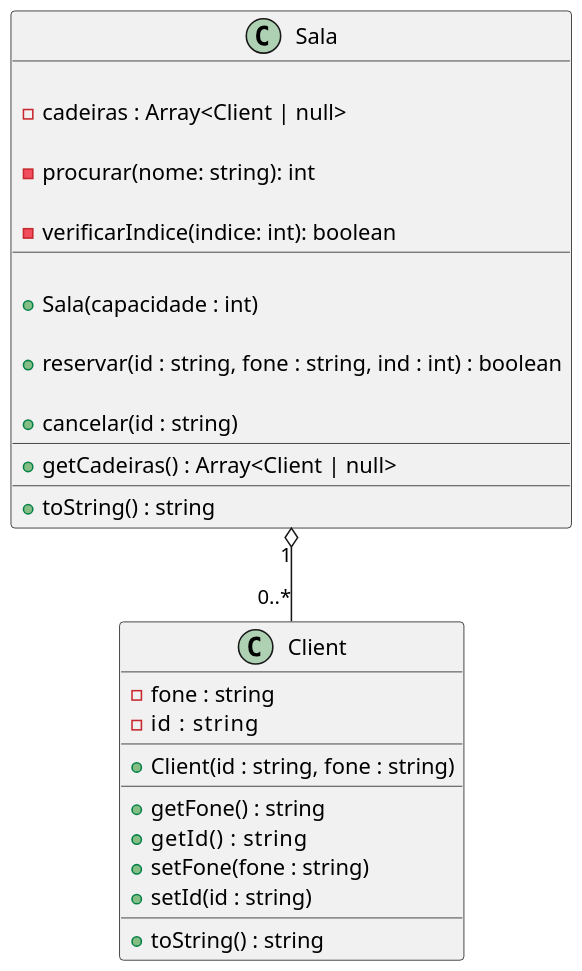
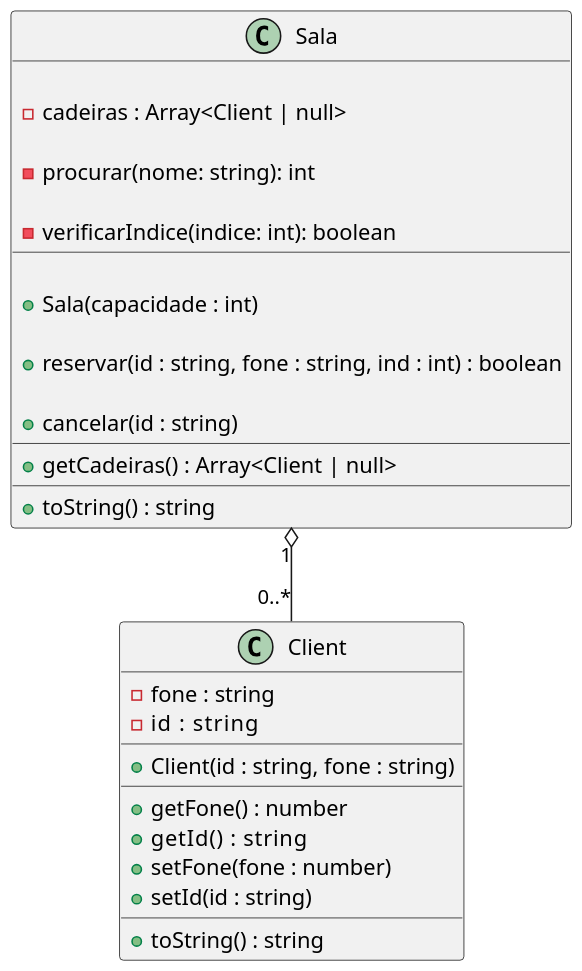
The diagram in base/cinema2/diagrama.puml (qxcodepoo/arcade), drawn with PlantUML before and after one commit. The commit also changed 14 other files, not shown here.

```diff
--- a/base/cinema2/diagrama.puml
+++ b/base/cinema2/diagrama.puml
@@ -2,54 +2,54 @@
 @startuml
 
 skinparam defaultFontName Hasklig
 skinparam dpi 150
 
 '==
 class Client {
   - fone : string
   - id   : string
   __
   + Client(id : string, fone : string)
   __
-  + getFone() : string
+  + getFone() : number
   + getId()   : string
-  + setFone(fone : string)
+  + setFone(fone : number)
   + setId(id : string)
   __
   + toString() : string
 }
 
 class Sala {
   
   - cadeiras : Array<Client | null>
   
   ' procura em todas as cadeiras não nulas
   ' pelo nome do cliente e se encontrar
   ' retorna o índice ou então -1
   - procurar(nome: string): int
   
   ' verifica se o indice da cadeira é válido
   - verificarIndice(indice: int): boolean
   __
   
   ' inicia todas as cadeiras como null
   + Sala(capacidade : int)
   
   ' verifica se o índice é válido (use o método verificarIndice)
   ' verifica se a cadeira está ocupada
   ' verifica se o cliente já está na sala (use o método procurar)
   ' cria o cliente e coloca na cadeira
   + reservar(id : string, fone : string, ind : int) : boolean
   
   ' procura o cliente pelo nome (use o método procurar)
   ' remover o cliente da cadeira
   + cancelar(id : string)
   __
   + getCadeiras() : Array<Client | null>
   __
   + toString() : string
 }
 '--
 
 Sala "1" o-- "0..*" Client
 @enduml
```
